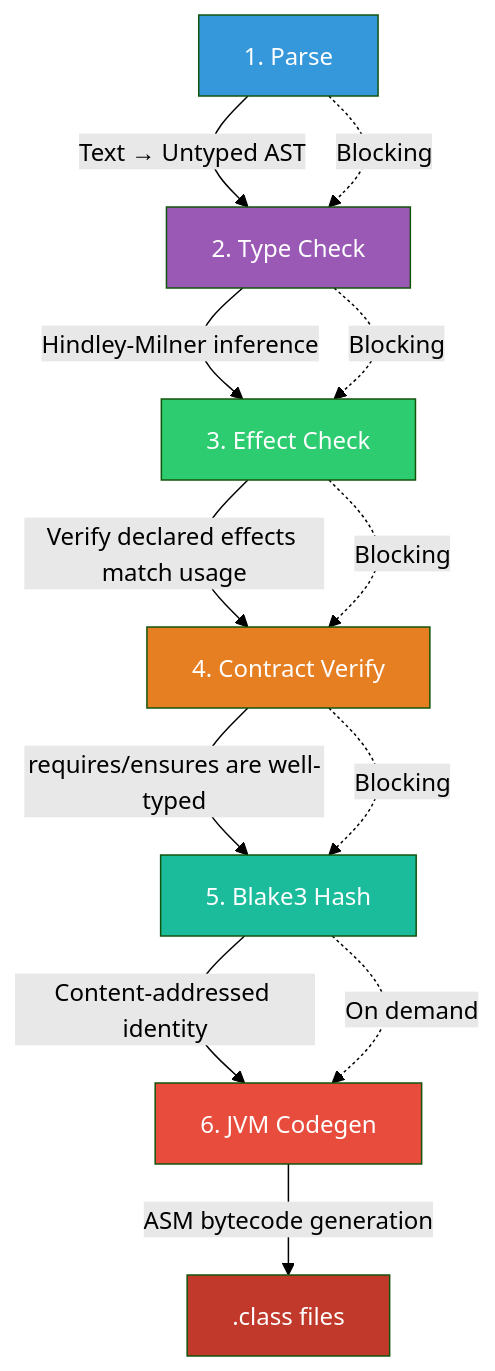
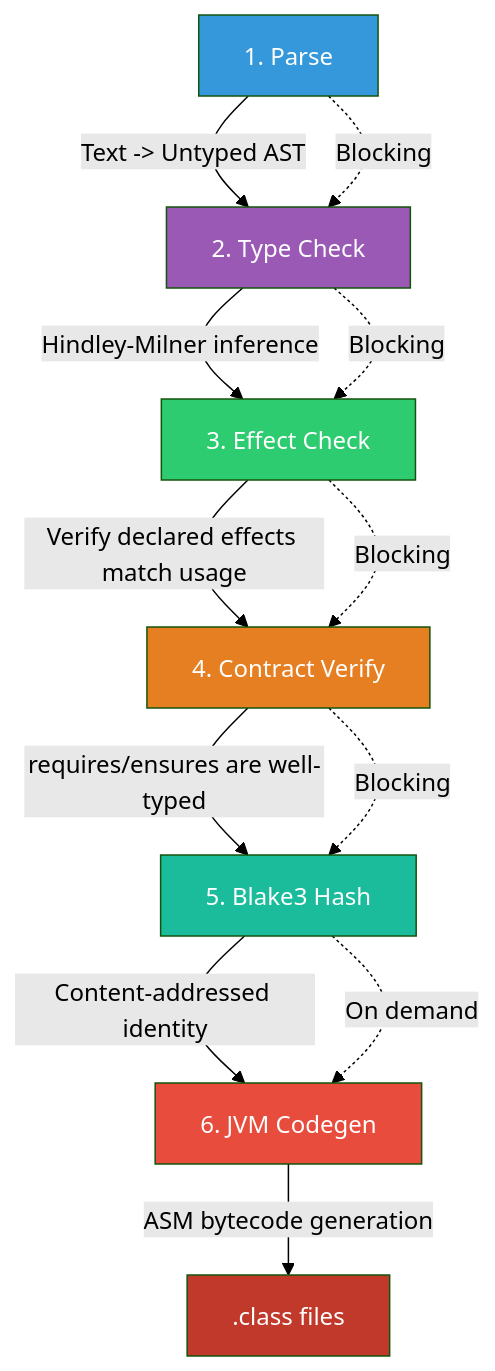
Before and after one commit to sage3648/sigil: the second of 10 diagrams in README.md, drawn with Mermaid (forest theme). The commit also changed other lines of this file and 15 other files, not shown here.

````diff
--- a/README.md
+++ b/README.md
@@ -153,23 +160,23 @@
 ```mermaid
 flowchart TD
-    A["1. Parse"] -->|"Text → Untyped AST"| B["2. Type Check"]
+    A["1. Parse"] -->|"Text -> Untyped AST"| B["2. Type Check"]
     B -->|"Hindley-Milner inference"| C["3. Effect Check"]
     C -->|"Verify declared effects match usage"| D["4. Contract Verify"]
     D -->|"requires/ensures are well-typed"| E["5. Blake3 Hash"]
     E -->|"Content-addressed identity"| F["6. JVM Codegen"]
     F -->|"ASM bytecode generation"| G[".class files"]
 
     A -.->|"Blocking"| B
     B -.->|"Blocking"| C
     C -.->|"Blocking"| D
     D -.->|"Blocking"| E
     E -.->|"On demand"| F
 
     style A fill:#3498db,color:#fff
     style B fill:#9b59b6,color:#fff
     style C fill:#2ecc71,color:#fff
     style D fill:#e67e22,color:#fff
     style E fill:#1abc9c,color:#fff
     style F fill:#e74c3c,color:#fff
     style G fill:#c0392b,color:#fff
 ```
````
